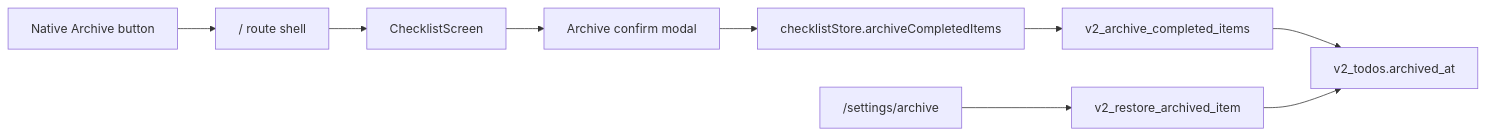
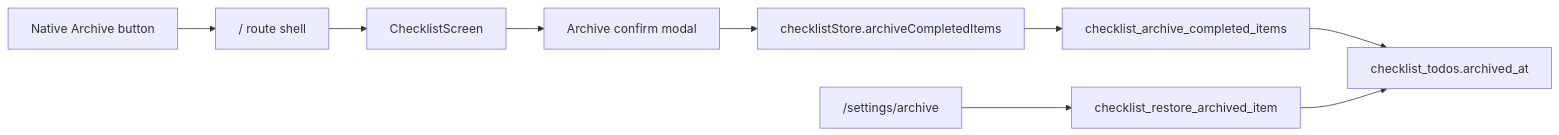
Before and after one commit to U-Keun/Tickly: the diagram in docs/rebuild-notes/015-archive-direction.md, drawn with Mermaid. The commit also changed other lines of this file and 28 other files, not shown here.

````diff
--- a/docs/rebuild-notes/015-archive-direction.md
+++ b/docs/rebuild-notes/015-archive-direction.md
@@ -11,11 +11,11 @@
 ```mermaid
 flowchart LR
   Dock["Native Archive button"] --> Root["/ route shell"]
   Root --> Screen["ChecklistScreen"]
   Screen --> Confirm["Archive confirm modal"]
   Confirm --> Store["checklistStore.archiveCompletedItems"]
-  Store --> Command["v2_archive_completed_items"]
-  Command --> Todo["v2_todos.archived_at"]
-  Settings["/settings/archive"] --> Restore["v2_restore_archived_item"]
+  Store --> Command["checklist_archive_completed_items"]
+  Command --> Todo["checklist_todos.archived_at"]
+  Settings["/settings/archive"] --> Restore["checklist_restore_archived_item"]
   Restore --> Todo
 ```
````
